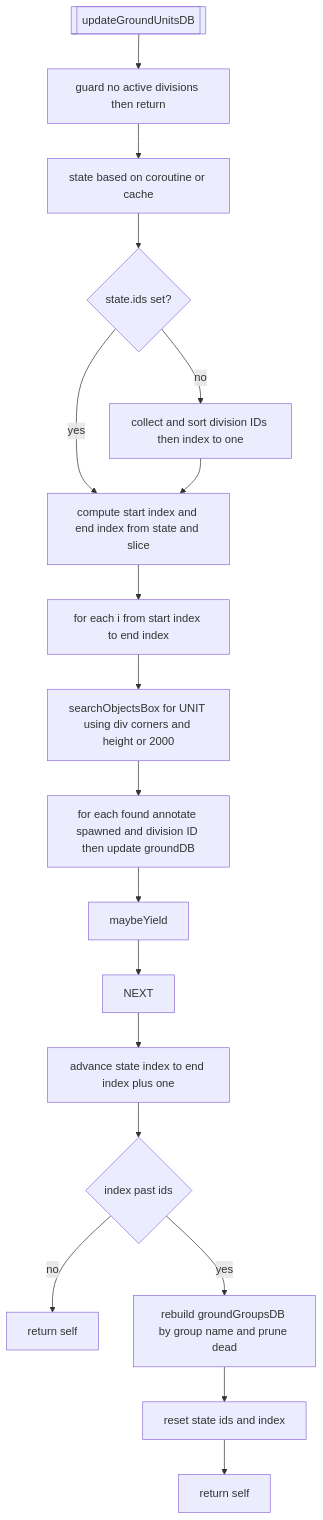
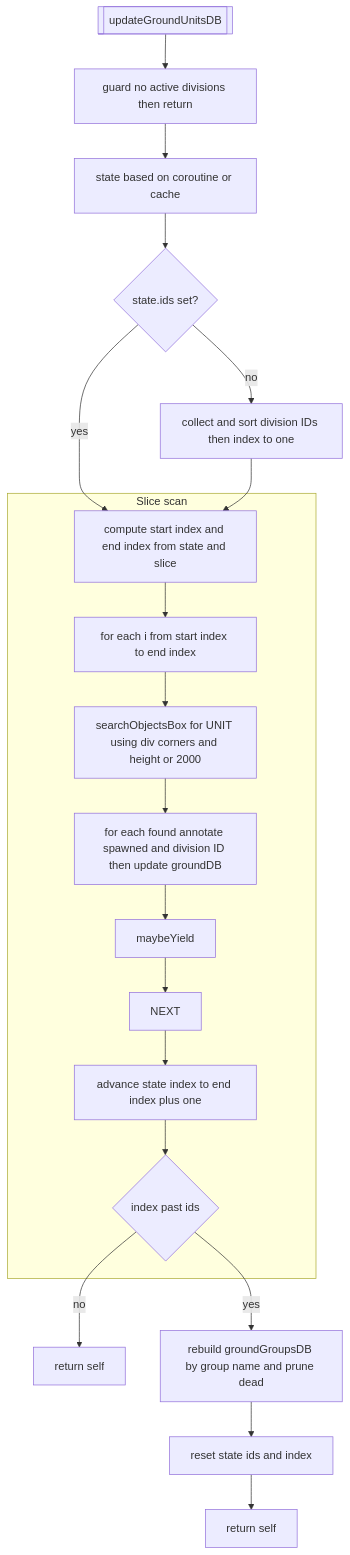
One commit to Gh0st352/AETHR changed the fifth of 6 diagrams in docs/world/objects_and_db.md. Above: the diagram before and after it, drawn with Mermaid. The commit also changed other lines of this file and 7 other files, not shown here.

First line of the commit message:
docs(world, mermaid): normalize headings and standardize Mermaid diagrams

````diff
--- a/docs/world/objects_and_db.md
+++ b/docs/world/objects_and_db.md
@@ -86,20 +108,27 @@
 ```mermaid
+%% shared theme: docs/_mermaid/theme.json %%
 flowchart TD
   GDB[[updateGroundUnitsDB]] --> PRE[guard no active divisions then return]
   PRE --> ST[state based on coroutine or cache]
   ST --> IDS{state.ids set?}
-  IDS -->|no| BIDS[collect and sort division IDs then index to one]
-  IDS -->|yes| SIDX[compute start index and end index from state and slice]
+  IDS -- "no" --> BIDS[collect and sort division IDs then index to one]
+  IDS -- "yes" --> SIDX[compute start index and end index from state and slice]
   BIDS --> SIDX
-  SIDX --> LOOP[for each i from start index to end index]
-  LOOP --> SCAN[searchObjectsBox for UNIT using div corners and height or 2000]
-  SCAN --> INS[for each found annotate spawned and division ID then update groundDB]
-  INS --> YL1[maybeYield]
-  YL1 --> NEXT
-  NEXT --> ADV[advance state index to end index plus one]
-  ADV --> FULL{index past ids}
-  FULL -->|no| RET1[return self]
-  FULL -->|yes| REBLD[rebuild groundGroupsDB by group name and prune dead]
+  subgraph "Slice scan"
+    SIDX --> LOOP[for each i from start index to end index]
+    LOOP --> SCAN[searchObjectsBox for UNIT using div corners and height or 2000]
+    SCAN --> INS[for each found annotate spawned and division ID then update groundDB]
+    INS --> YL1[maybeYield]
+    YL1 --> NEXT
+    NEXT --> ADV[advance state index to end index plus one]
+    ADV --> FULL{index past ids}
+  end
+  FULL -- "no" --> RET1[return self]
+  FULL -- "yes" --> REBLD[rebuild groundGroupsDB by group name and prune dead]
   REBLD --> RST[reset state ids and index]
   RST --> RET2[return self]
+
+  class IDS,FULL class_decision;
+  class RET1,RET2 class_result;
+  class GDB,PRE,ST,BIDS,SIDX,LOOP,SCAN,INS,YL1,NEXT,ADV,REBLD,RST class_step;
 ```
````
